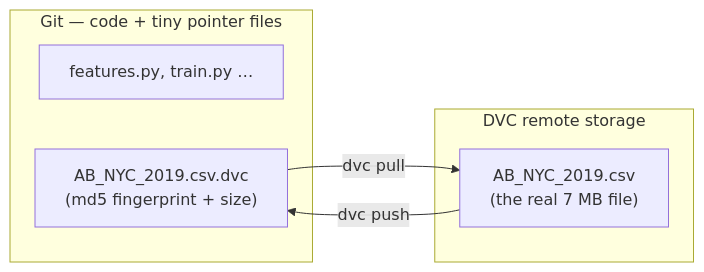
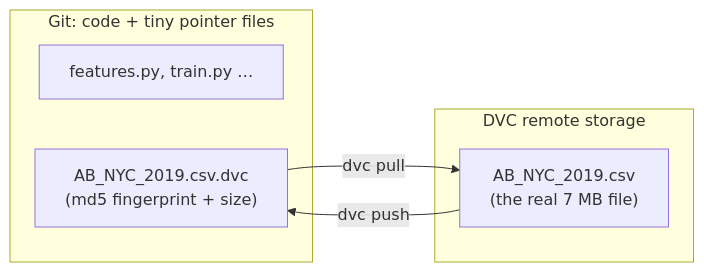
Before and after one commit to shikharkumar13/-NYC-Airbnb-Price-Prediction-MLOps: the second of 2 diagrams in docs/guide/01_foundations.md, drawn with Mermaid. The commit also changed other lines of this file and 15 other files, not shown here.

````diff
--- a/docs/guide/01_foundations.md
+++ b/docs/guide/01_foundations.md
@@ -190,12 +198,12 @@
 ```mermaid
 flowchart LR
-    subgraph git ["Git — code + tiny pointer files"]
+    subgraph git ["Git: code + tiny pointer files"]
         A["features.py, train.py …"]
         B["AB_NYC_2019.csv.dvc\n(md5 fingerprint + size)"]
     end
     subgraph remote ["DVC remote storage"]
         C["AB_NYC_2019.csv\n(the real 7 MB file)"]
     end
     B -- "dvc pull" --> C
     C -- "dvc push" --> B
 ```
````
